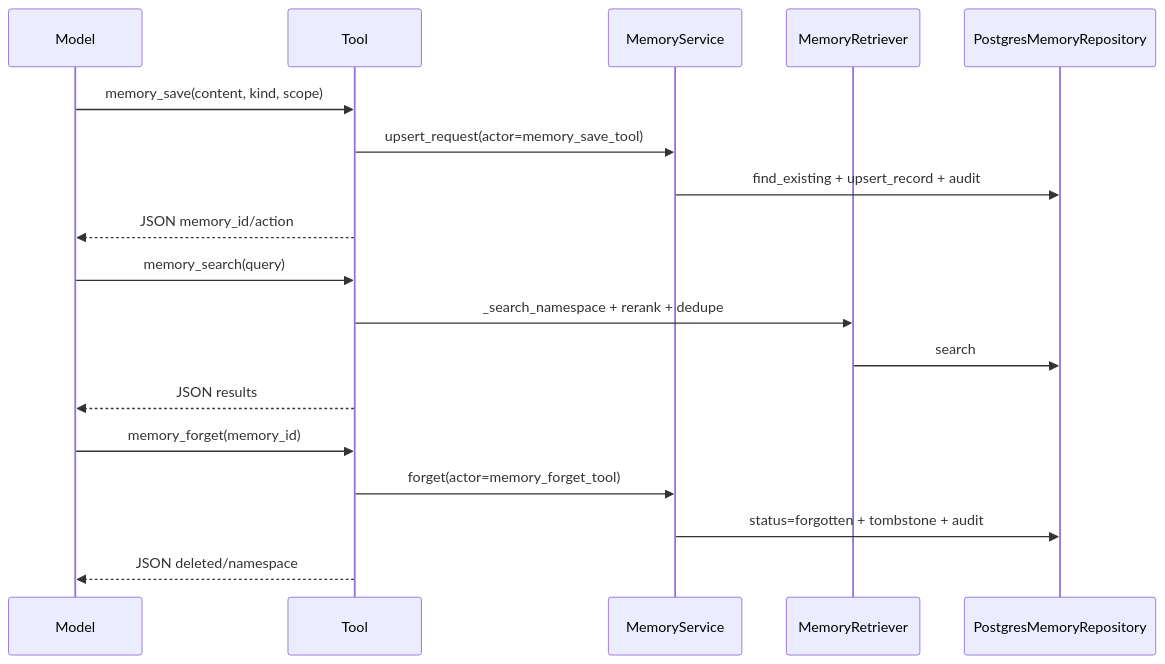
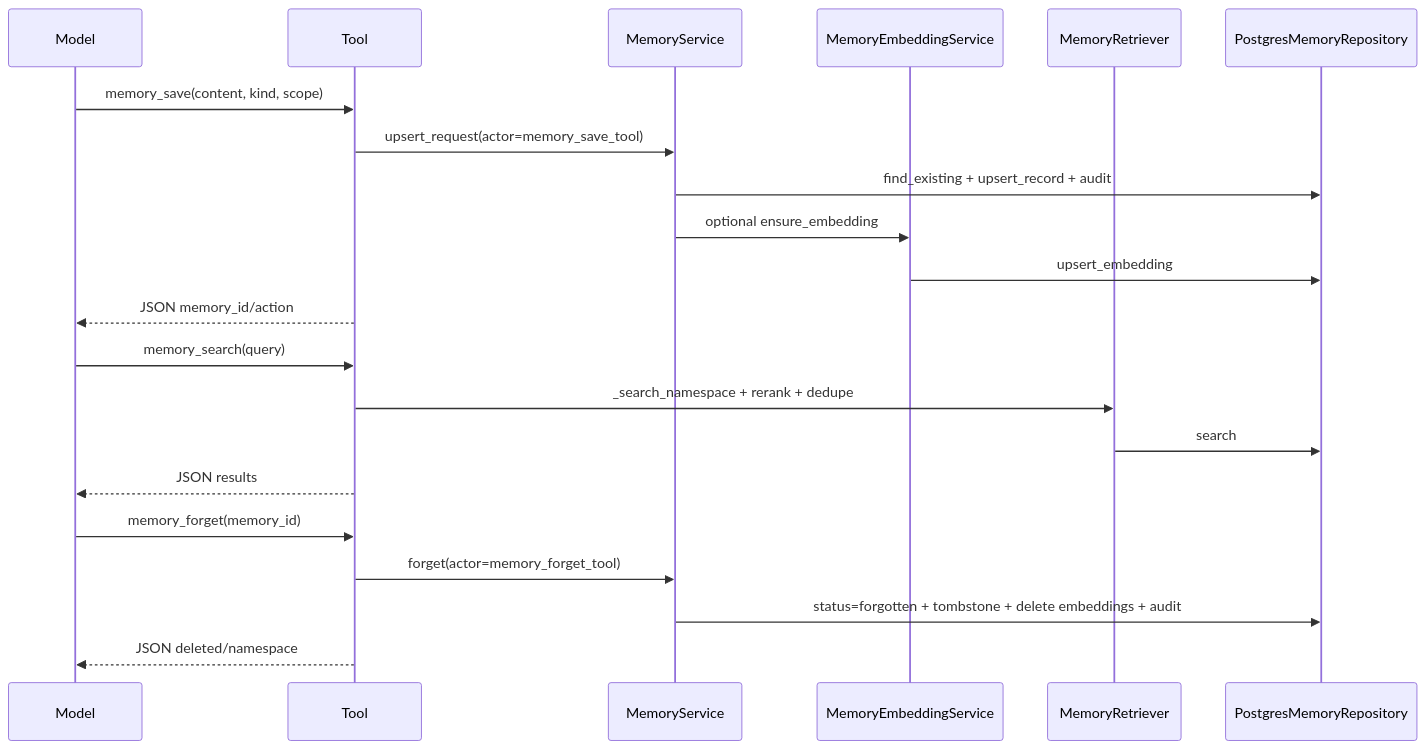
Before and after one commit to William-zgx/focus-agent: diagram 11 of 12 in docs/memory-system-v2.md, drawn with Mermaid. The commit also changed other lines of this file and 35 other files, not shown here.

Commit message:
feat: add pgvector memory embeddings

````diff
--- a/docs/memory-system-v2.md
+++ b/docs/memory-system-v2.md
@@ -553,23 +698,26 @@
 ```mermaid
 sequenceDiagram
     participant Model
     participant Tool
     participant Service as MemoryService
+    participant EmbSvc as MemoryEmbeddingService
     participant Retriever as MemoryRetriever
     participant Repo as PostgresMemoryRepository
 
     Model->>Tool: memory_save(content, kind, scope)
     Tool->>Service: upsert_request(actor=memory_save_tool)
     Service->>Repo: find_existing + upsert_record + audit
+    Service->>EmbSvc: optional ensure_embedding
+    EmbSvc->>Repo: upsert_embedding
     Tool-->>Model: JSON memory_id/action
 
     Model->>Tool: memory_search(query)
     Tool->>Retriever: _search_namespace + rerank + dedupe
     Retriever->>Repo: search
     Tool-->>Model: JSON results
 
     Model->>Tool: memory_forget(memory_id)
     Tool->>Service: forget(actor=memory_forget_tool)
-    Service->>Repo: status=forgotten + tombstone + audit
+    Service->>Repo: status=forgotten + tombstone + delete embeddings + audit
     Tool-->>Model: JSON deleted/namespace
 ```
````
